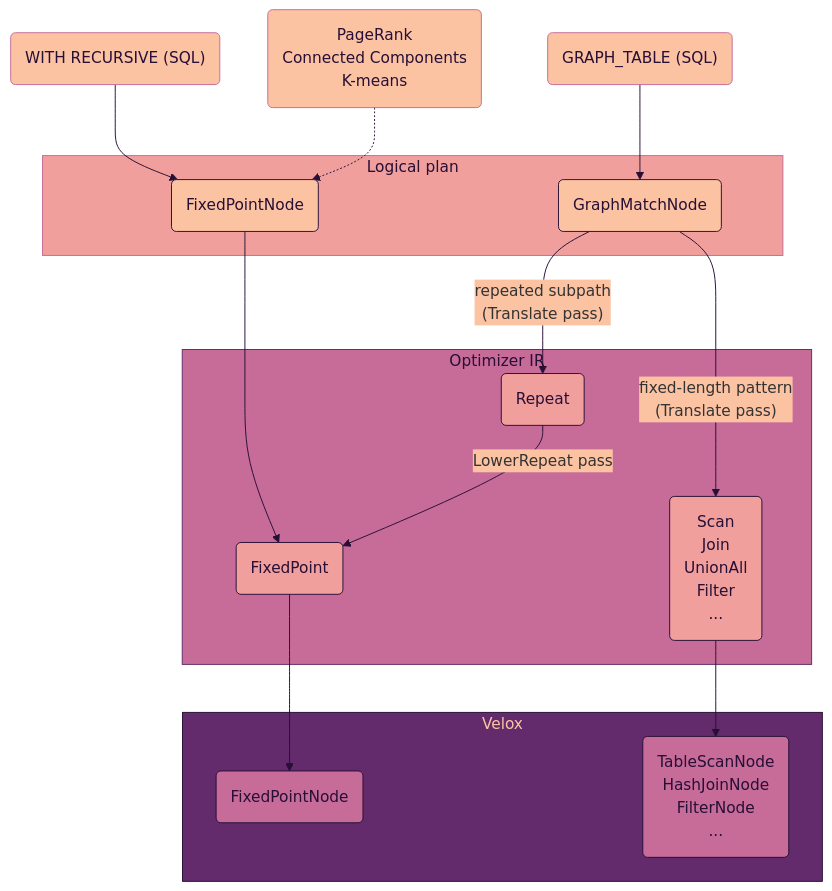
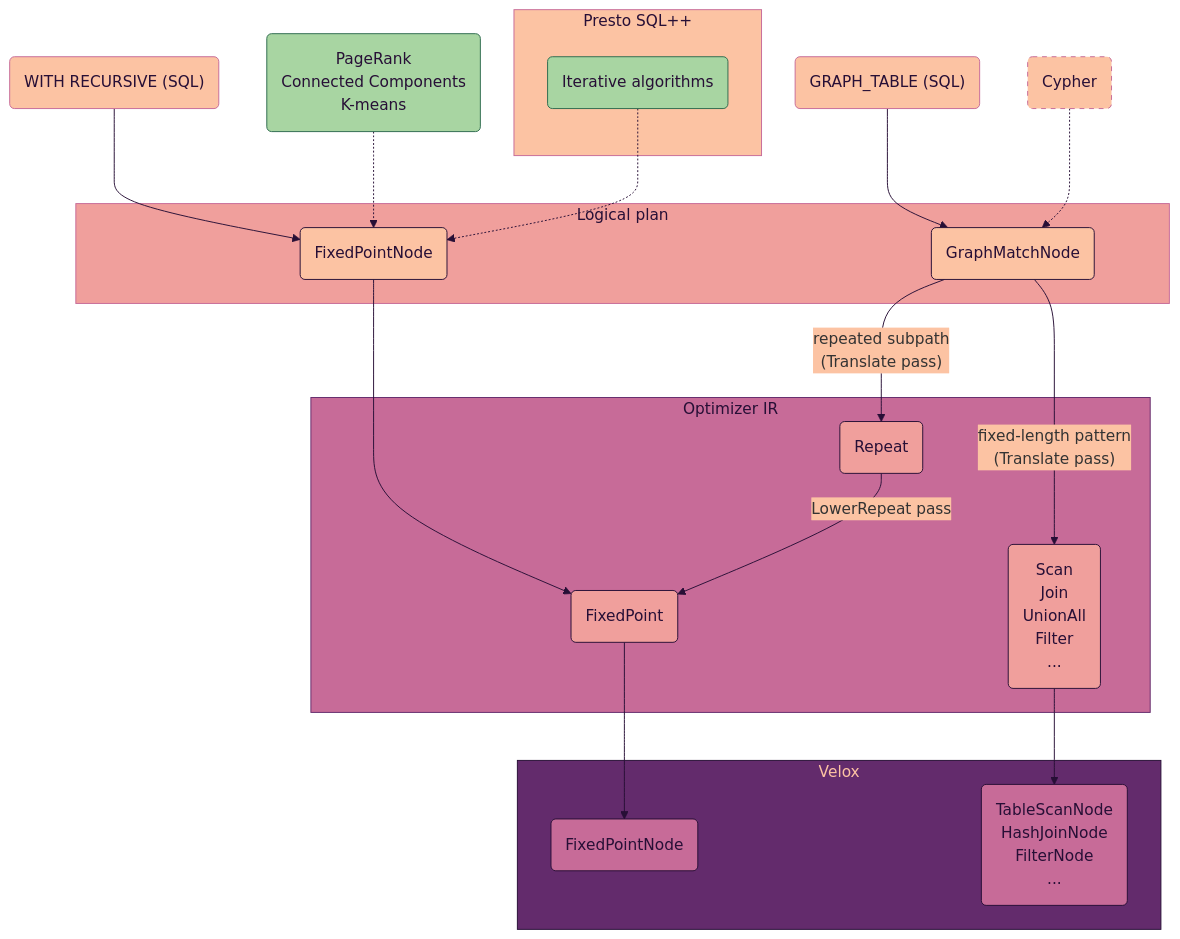
The diagram in axiom/optimizer/docs/FixedPoint.md (mbasmanova/verax), drawn with Mermaid before and after one commit.

Commit message:
docs: Add Cypher and Presto SQL++ to FixedPoint diagram (#2139)
Summary:

Adds two frontends to the Use cases diagram in FixedPoint.md. Cypher feeds GraphMatchNode, alongside GRAPH_TABLE. Presto SQL++ carries iterative algorithms that feed FixedPointNode, alongside the PageRank, connected components and k-means plans that a front-end builds directly. Both sets of iterative algorithms are drawn in green.

___

landed-with-radar-review

````diff
--- a/axiom/optimizer/docs/FixedPoint.md
+++ b/axiom/optimizer/docs/FixedPoint.md
@@ -71,42 +71,53 @@
 ```mermaid
 %%{init: {"theme": "base", "look": "classic", "themeVariables": {"edgeLabelBackground": "#fcc3a3", "lineColor": "#270f36"}}}%%
 flowchart TD
   CTE("WITH RECURSIVE (SQL)")
   ALG("PageRank<br/>Connected Components<br/>K-means")
+  subgraph SQLPP["Presto SQL++"]
+    SQLALG("Iterative algorithms")
+  end
   GT("GRAPH_TABLE (SQL)")
+  CY("Cypher")
   subgraph Logical["Logical plan"]
     LFP("FixedPointNode")
     LGM("GraphMatchNode")
   end
   subgraph IR["Optimizer IR"]
     REP("Repeat")
     IFP("FixedPoint")
     REL("Scan<br/>Join<br/>UnionAll<br/>Filter<br/>...")
   end
   subgraph Velox
     VFP("FixedPointNode")
     VREL("TableScanNode<br/>HashJoinNode<br/>FilterNode<br/>...")
   end
   CTE --> LFP
   ALG -.-> LFP
+  SQLALG -.-> LFP
   GT --> LGM
+  CY -.-> LGM
   LFP --> IFP
   LGM -- "repeated subpath<br/>(Translate pass)" --> REP
   LGM -- "fixed-length pattern<br/>(Translate pass)" --> REL
   REP -- "LowerRepeat pass" --> IFP
   IFP --> VFP
   REL --> VREL
 
   classDef input fill:#fcc3a3,stroke:#c76b98,color:#270f36
   classDef logical fill:#fcc3a3,stroke:#270f36,color:#270f36
   classDef ir fill:#f09f9c,stroke:#270f36,color:#270f36
   classDef velox fill:#c76b98,stroke:#270f36,color:#270f36
-  class CTE,ALG,GT input
+  classDef future fill:#fcc3a3,stroke:#c76b98,color:#270f36,stroke-dasharray:5 5
+  classDef algorithm fill:#a8d5a2,stroke:#2e6b4f,color:#270f36
+  class CTE,GT input
+  class ALG,SQLALG algorithm
+  class CY future
   class LFP,LGM logical
   class REP,IFP,REL ir
   class VFP,VREL velox
+  style SQLPP fill:#fcc3a3,stroke:#c76b98,color:#270f36
   style Logical fill:#f09f9c,stroke:#c76b98,color:#270f36
   style IR fill:#c76b98,stroke:#632b6c,color:#270f36
   style Velox fill:#632b6c,stroke:#270f36,color:#fcc3a3
   linkStyle default stroke:#270f36
 ```
````
